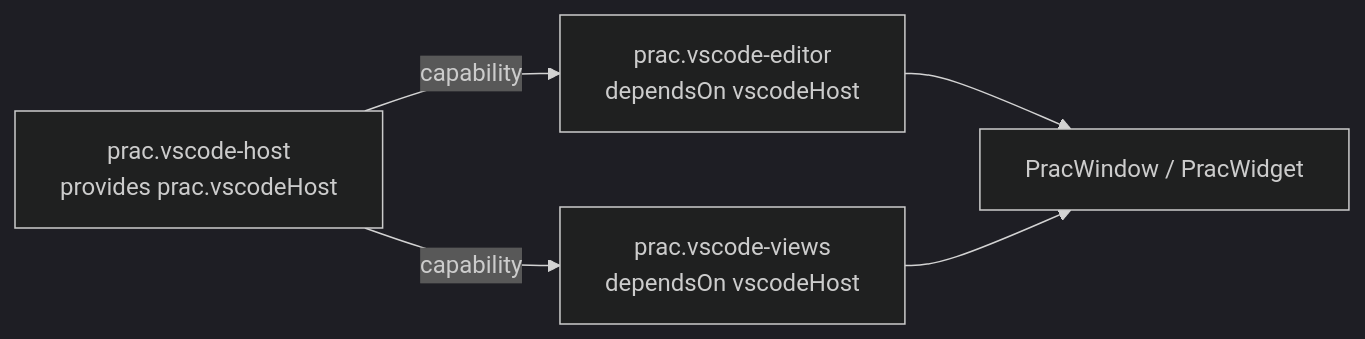
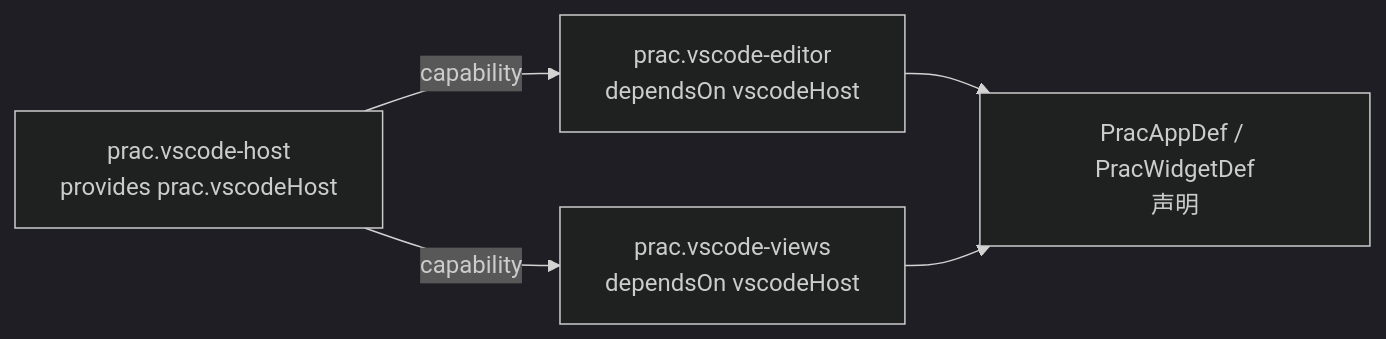
One commit to ifplusor/prac changed the first of 4 diagrams in .agents/notes/in-progress/2026-11-05-tech-extension-vscode.md. Above: the diagram before and after it, drawn with Mermaid (dark theme). The commit also changed other lines of this file, not shown here.

Commit message:
docs(notes): extensions contribute declarations, not windows

````diff
--- a/.agents/notes/in-progress/2026-11-05-tech-extension-vscode.md
+++ b/.agents/notes/in-progress/2026-11-05-tech-extension-vscode.md
@@ -32,12 +32,12 @@
 ```mermaid
 flowchart LR
   H["prac.vscode-host<br/>provides prac.vscodeHost"]
   E["prac.vscode-editor<br/>dependsOn vscodeHost"]
   V["prac.vscode-views<br/>dependsOn vscodeHost"]
-  W["PracWindow / PracWidget"]
+  W["PracAppDef / PracWidgetDef<br/>声明"]
 
   H -->|capability| E
   H -->|capability| V
   E --> W
   V --> W
 ```
````
